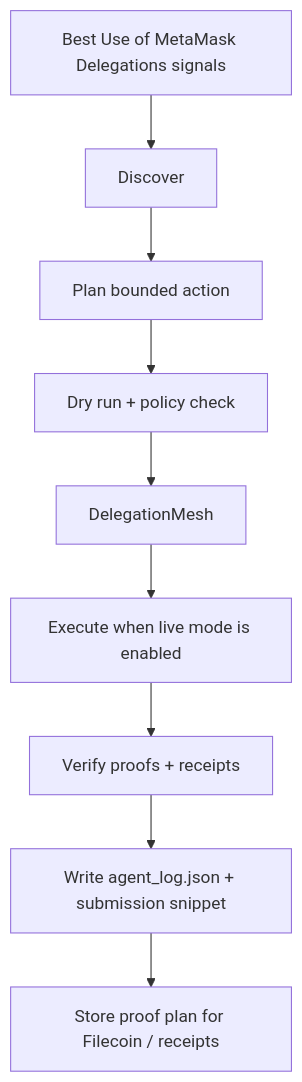
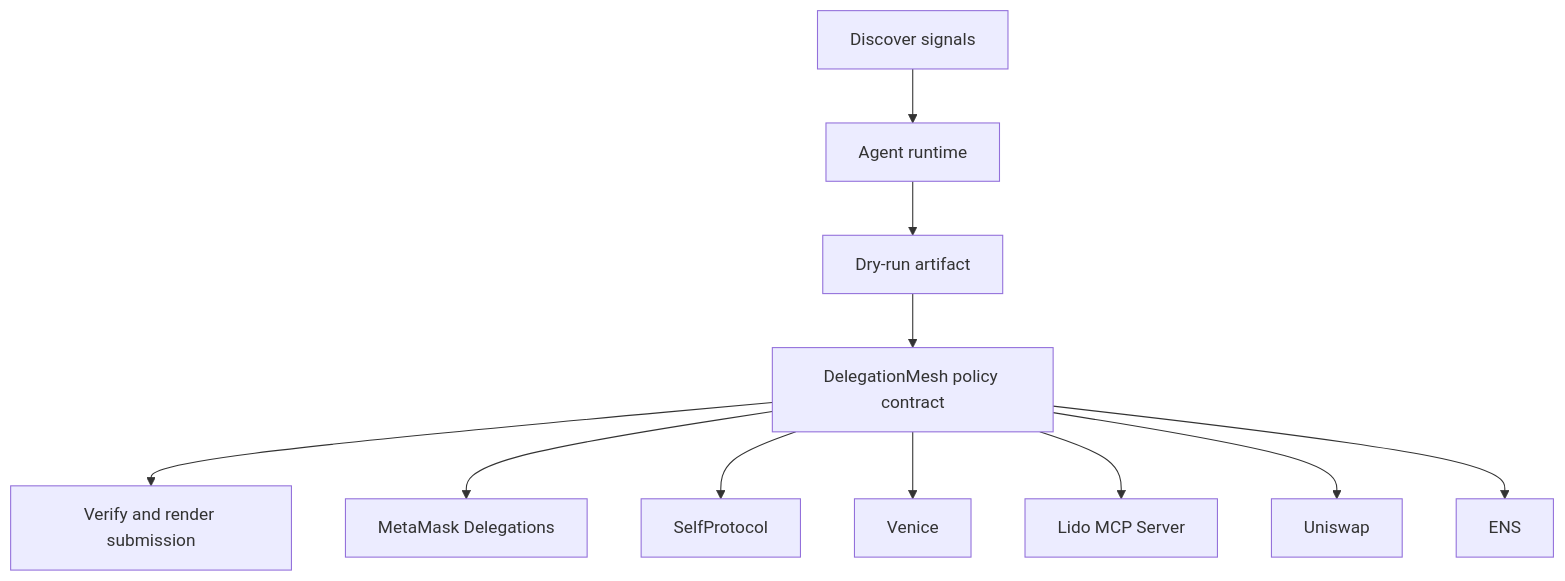
One commit to CrystallineButterfly/Synthesis-MetaMask-Delegations changed the diagram in README.md. Above: the diagram before and after it, drawn with Mermaid. The commit also changed other lines of this file and 998 other files, not shown here.

Commit message:
Implement bounded agent runtime

````diff
--- a/README.md
+++ b/README.md
@@ -30,11 +26,15 @@
-        ```mermaid
-        flowchart TD
-    Signals[Best Use of MetaMask Delegations signals] --> Discover[Discover]
-    Discover --> Plan[Plan bounded action]
-    Plan --> DryRun[Dry run + policy check]
-    DryRun --> Guard[DelegationMesh]
-    Guard --> Execute[Execute when live mode is enabled]
-    Execute --> Verify[Verify proofs + receipts]
-    Verify --> Persist[Write agent_log.json + submission snippet]
-    Persist --> Storage[Store proof plan for Filecoin / receipts]
-        ```
+```mermaid
+flowchart TD
+    Signals[Discover signals]
+    Planner[Agent runtime]
+    DryRun[Dry-run artifact]
+    Contract[DelegationMesh policy contract]
+    Verify[Verify and render submission]
+    Signals --> Planner --> DryRun --> Contract --> Verify
+    Contract --> metamask_delegations[MetaMask Delegations]
+    Contract --> selfprotocol[SelfProtocol]
+    Contract --> venice[Venice]
+    Contract --> lido_mcp_server[Lido MCP Server]
+    Contract --> uniswap[Uniswap]
+    Contract --> ens[ENS]
+```
````
